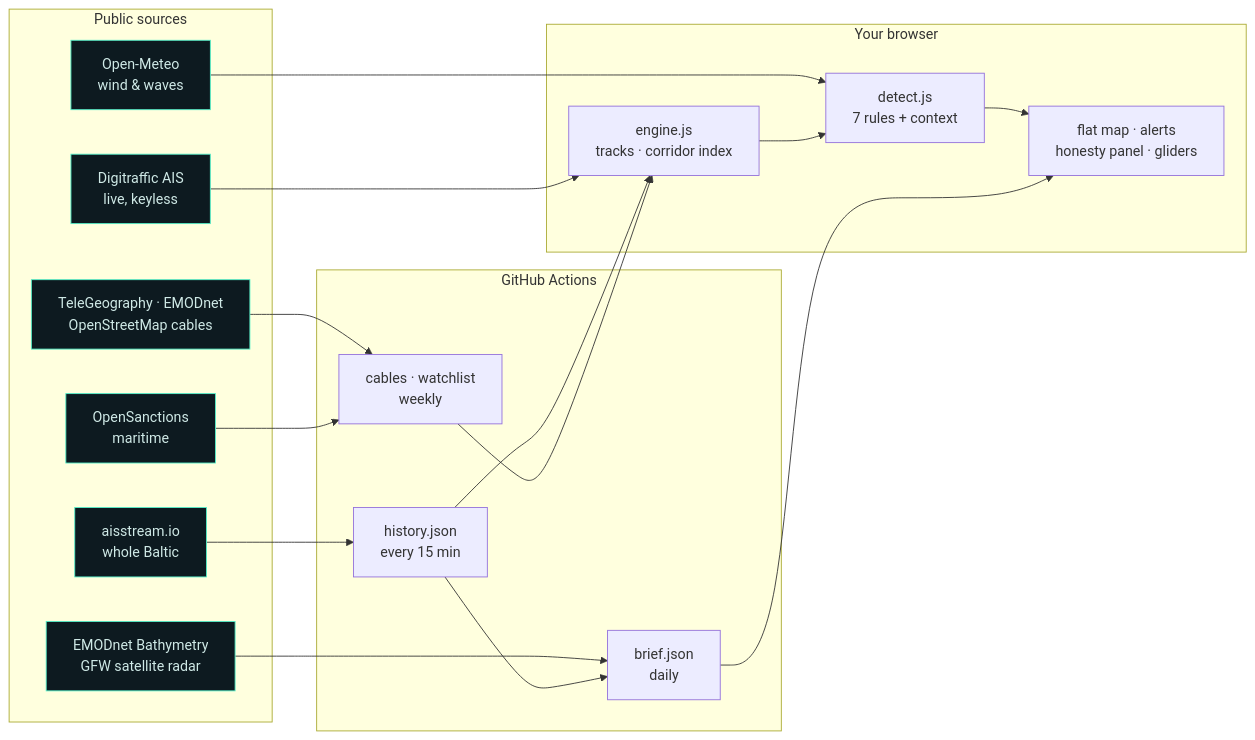
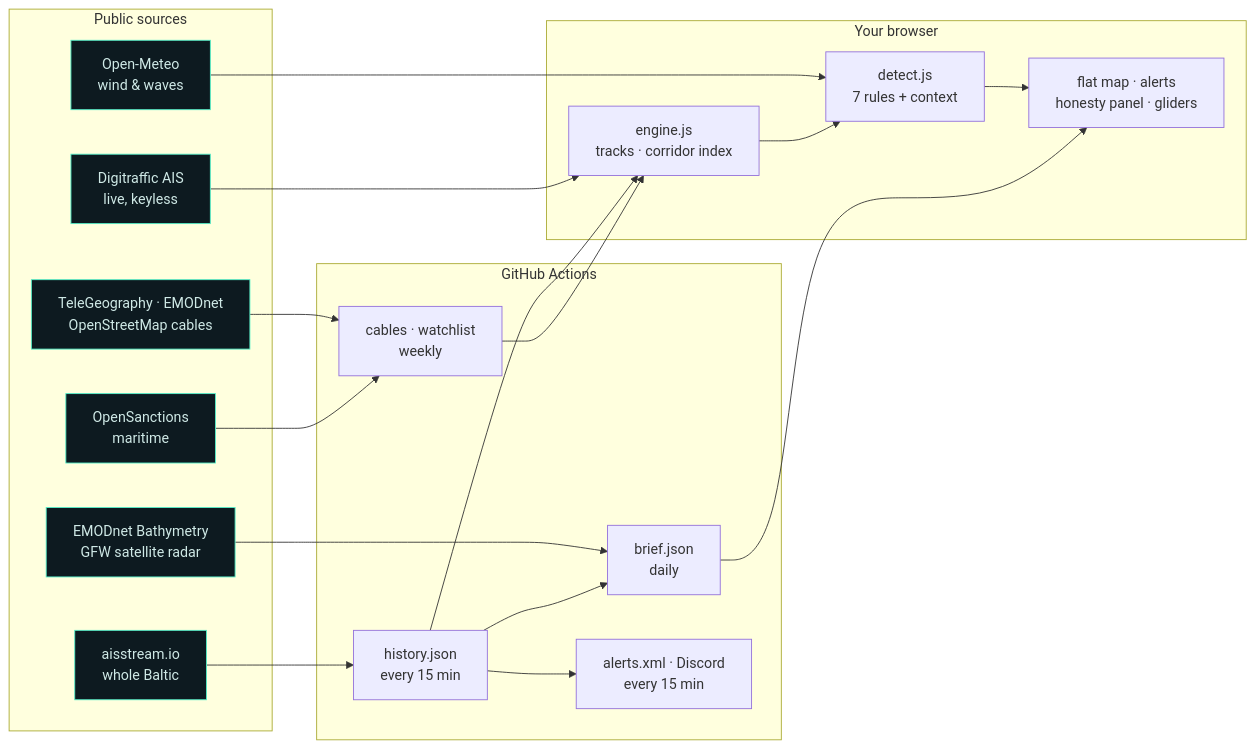
The diagram in README.md (ravjothbrar/baltic-seabed), drawn with Mermaid before and after one commit. The commit also changed other lines of this file and 13 other files, not shown here.

First line of the commit message:
Alerts feed (RSS + Discord), one config file, diagnostics and health endpoint

````diff
--- a/README.md
+++ b/README.md
@@ -99,30 +99,32 @@
 ```mermaid
 flowchart LR
   subgraph Sources["Public sources"]
     A[Digitraffic AIS<br/>live, keyless]:::src
     B[aisstream.io<br/>whole Baltic]:::src
     C[TeleGeography · EMODnet<br/>OpenStreetMap cables]:::src
     D[OpenSanctions<br/>maritime]:::src
     E[Open-Meteo<br/>wind & waves]:::src
     F[EMODnet Bathymetry<br/>GFW satellite radar]:::src
   end
   subgraph Actions["GitHub Actions"]
     H[history.json<br/>every 15 min]
     BR[brief.json<br/>daily]
+    AL[alerts.xml · Discord<br/>every 15 min]
     S[cables · watchlist<br/>weekly]
   end
   subgraph Browser["Your browser"]
     EN[engine.js<br/>tracks · corridor index]
     R[detect.js<br/>7 rules + context]
     UI[flat map · alerts<br/>honesty panel · gliders]
   end
   A --> EN
   B --> H --> EN
   C --> S --> EN
   D --> S
   E --> R
   F --> BR
   EN --> R --> UI
   H --> BR --> UI
+  H --> AL
   classDef src fill:#0d1a20,stroke:#53f0c9,color:#cfe9e6
 ```
````
